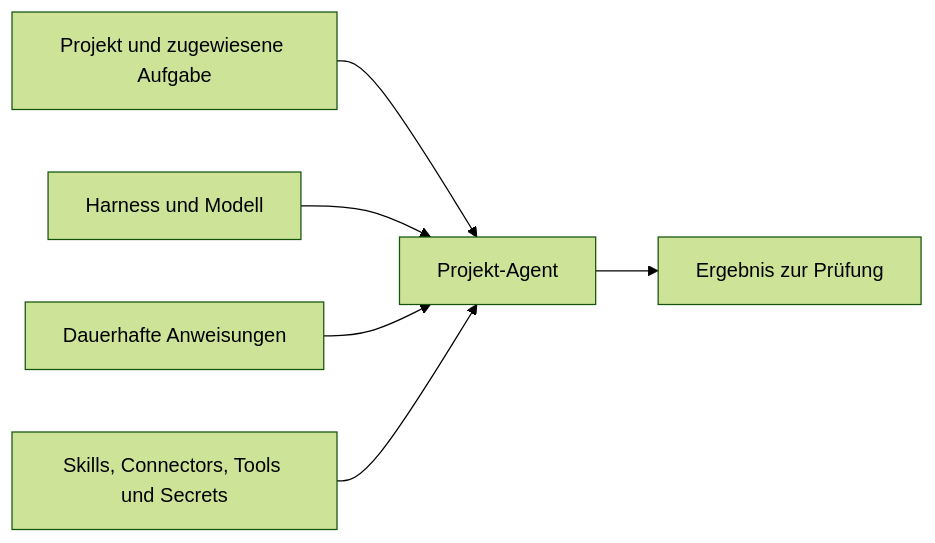
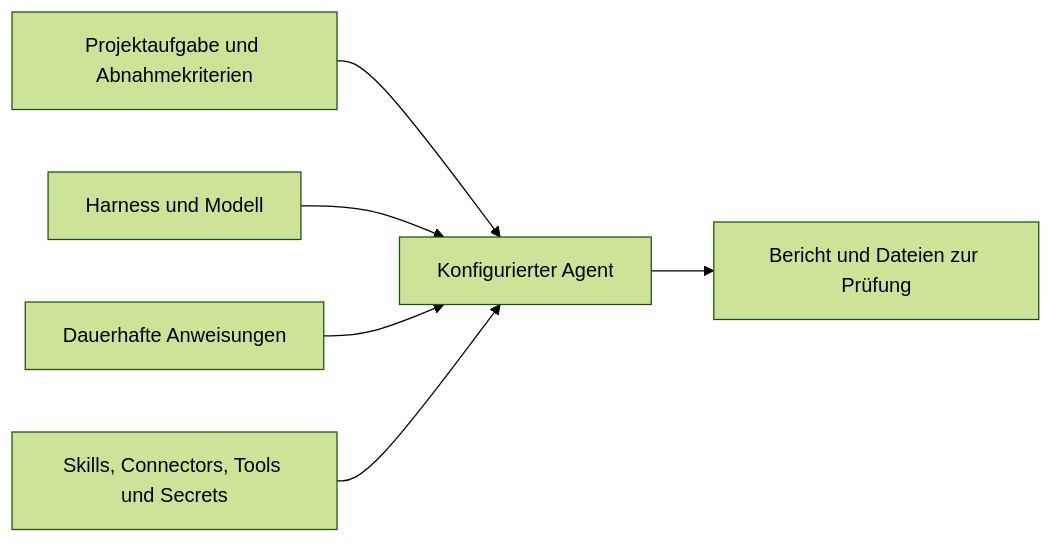
Before and after one commit to tale-project/tale: the diagram in docs/de/platform/agents/concepts.md, drawn with Mermaid (forest theme). The commit also changed other lines of this file and 691 other files, not shown here.

````diff
--- a/docs/de/platform/agents/concepts.md
+++ b/docs/de/platform/agents/concepts.md
@@ -26,8 +37,8 @@
 ```mermaid
 flowchart LR
-    P[Projekt und zugewiesene Aufgabe] --> A[Projekt-Agent]
+    P[Projektaufgabe und Abnahmekriterien] --> A[Konfigurierter Agent]
     H[Harness und Modell] --> A
     I[Dauerhafte Anweisungen] --> A
     E[Skills, Connectors, Tools und Secrets] --> A
-    A --> R[Ergebnis zur Prüfung]
+    A --> R[Bericht und Dateien zur Prüfung]
 ```
````
